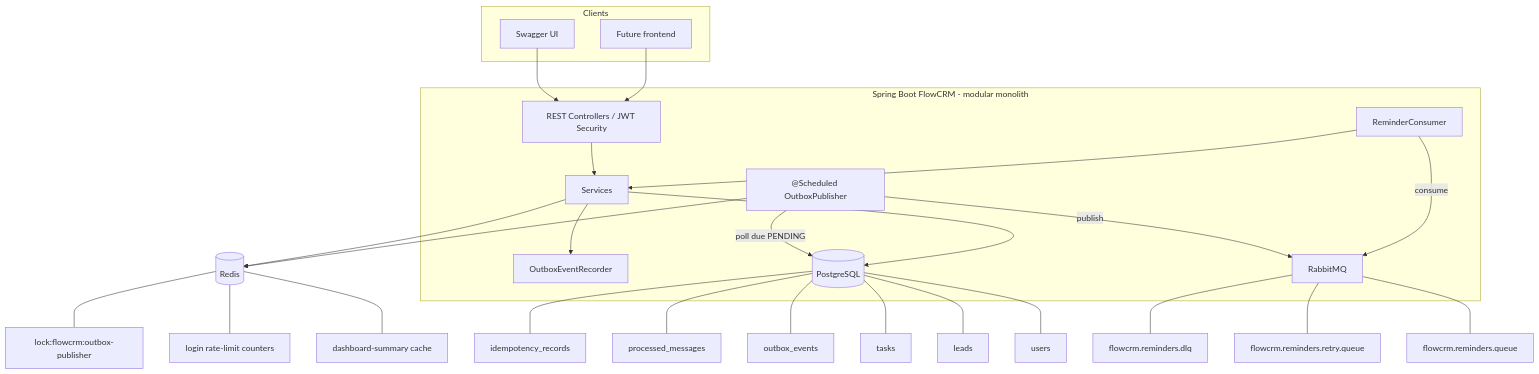
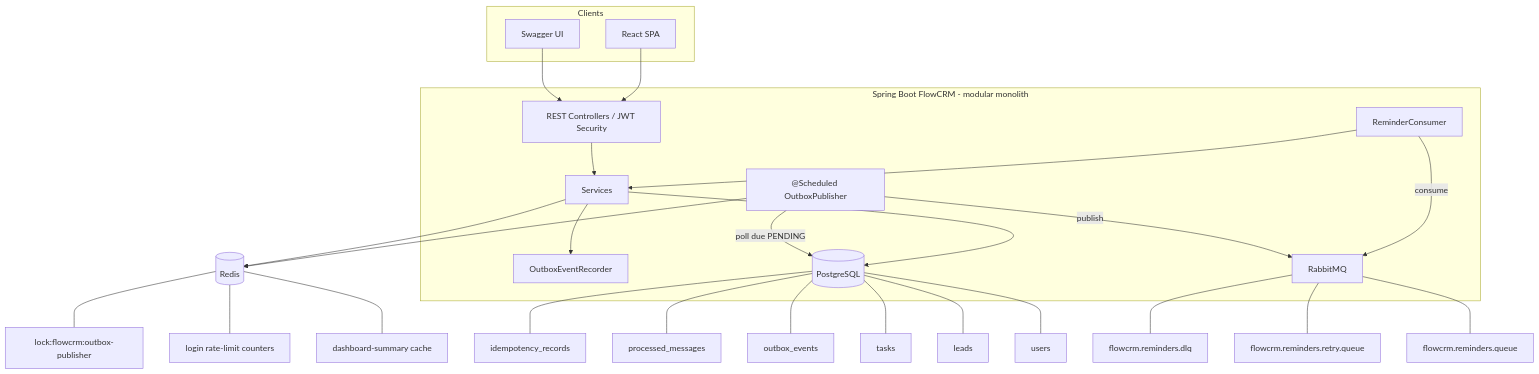
The diagram in docs/architecture.mmd (VIIthaG/codingshuttle-hackathon-crm), drawn with Mermaid before and after one commit. The commit also changed 20 other files, not shown here.

```diff
--- a/docs/architecture.mmd
+++ b/docs/architecture.mmd
@@ -1,44 +1,44 @@
 flowchart TB
   subgraph clients [Clients]
     SW[Swagger UI]
-    FE[Future frontend]
+    FE[React SPA]
   end
 
   subgraph app [Spring Boot FlowCRM - modular monolith]
     API[REST Controllers / JWT Security]
     SVC[Services]
     OUT[OutboxEventRecorder]
     PUB["@Scheduled OutboxPublisher"]
     CON[ReminderConsumer]
     API --> SVC
     SVC --> OUT
     PUB -->|poll due PENDING| PG[(PostgreSQL)]
     PUB -->|publish| RMQ
     CON -->|consume| RMQ
     CON --> SVC
   end
 
   PG[(PostgreSQL)]
   RD[(Redis)]
   RMQ[RabbitMQ]
 
   SW --> API
   FE --> API
   SVC --> PG
   SVC --> RD
   PUB --> RD
 
   PG --- U[users]
   PG --- L[leads]
   PG --- T[tasks]
   PG --- O[outbox_events]
   PG --- P[processed_messages]
   PG --- I[idempotency_records]
 
   RD --- C[dashboard-summary cache]
   RD --- R[login rate-limit counters]
   RD --- K["lock:flowcrm:outbox-publisher"]
 
   RMQ --- Q1[flowcrm.reminders.queue]
   RMQ --- Q2[flowcrm.reminders.retry.queue]
   RMQ --- Q3[flowcrm.reminders.dlq]
```
